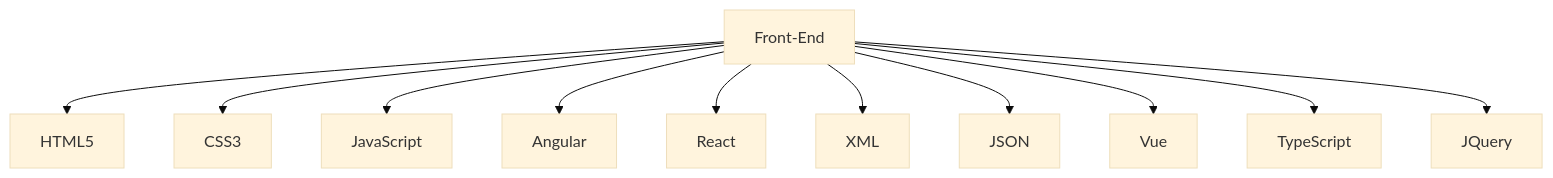
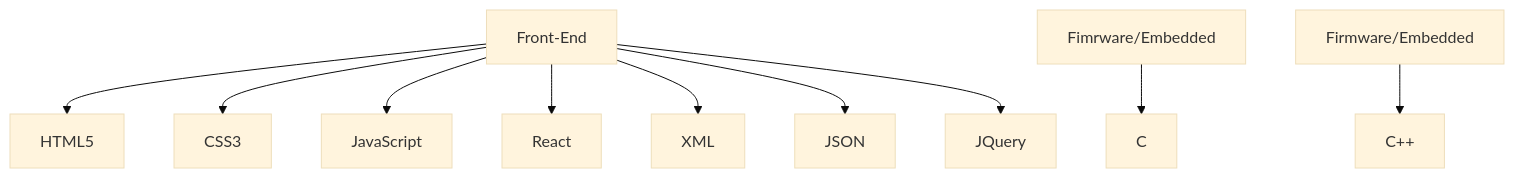
One commit to Jitao-Hu/Jitao-Hu changed the diagram in README.md. Above: the diagram before and after it, drawn with Mermaid (base theme).

````diff
--- a/README.md
+++ b/README.md
@@ -29,13 +29,12 @@
 ```mermaid
 graph TD;
     Front-End-->HTML5;
     Front-End-->CSS3;
     Front-End-->JavaScript;
-    Front-End-->Angular;
     Front-End-->React;
     Front-End-->XML;
     Front-End-->JSON;
-    Front-End-->Vue;
-    Front-End-->TypeScript;
     Front-End-->JQuery;
+    Fimrware/Embedded-->C;
+    Firmware/Embedded-->C++;
    ```
````
